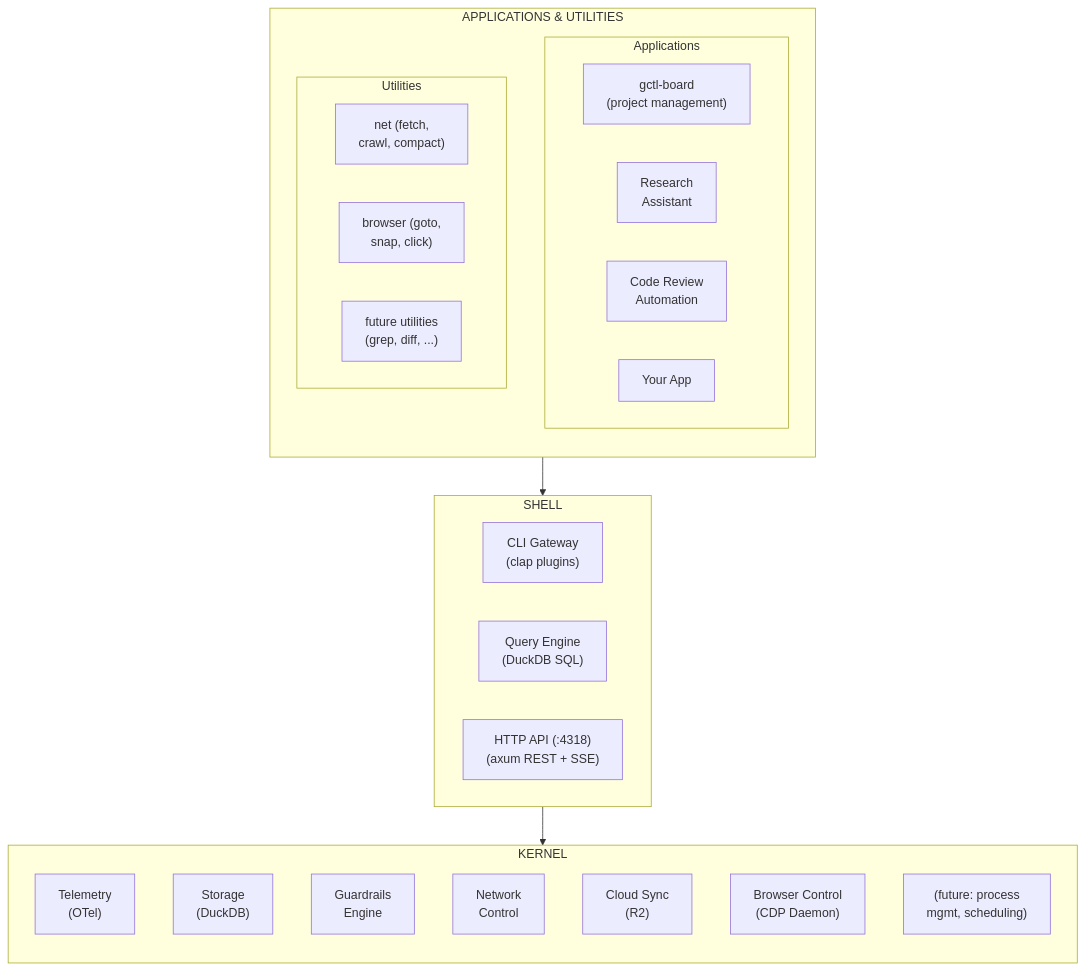
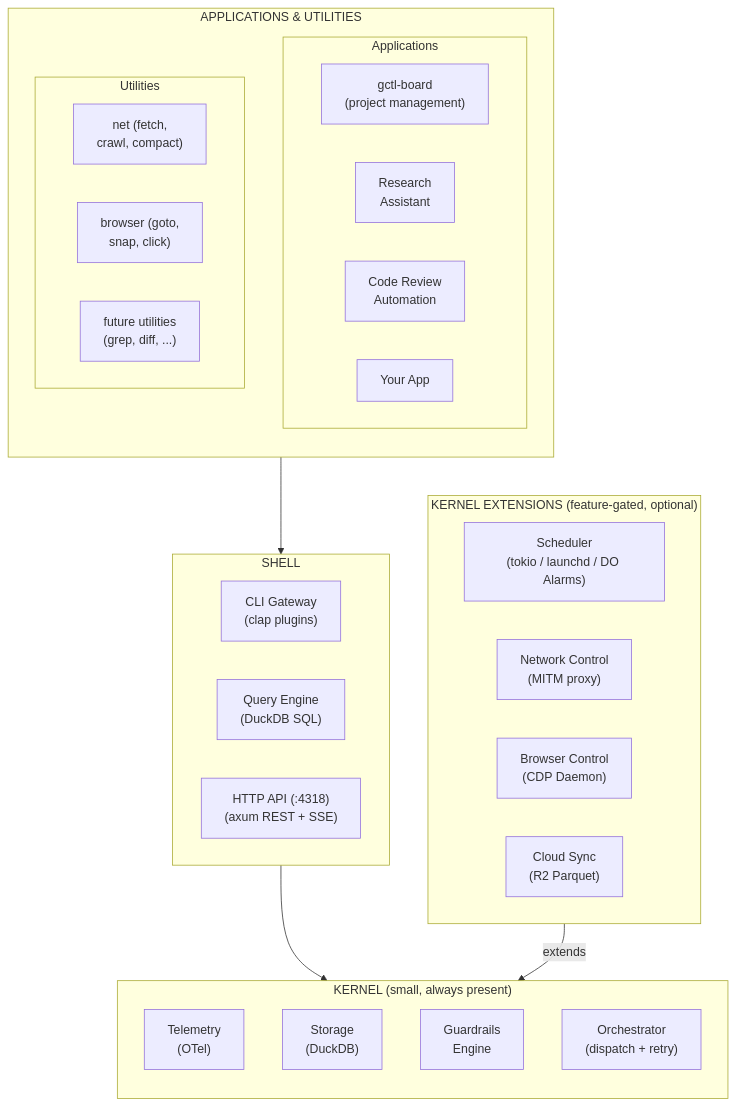
Before and after one commit to OpenHackersClub/gctrl: the first of 22 diagrams in specs/prd.md, drawn with Mermaid. The commit also changed other lines of this file and 17 other files, not shown here.

````diff
--- a/specs/prd.md
+++ b/specs/prd.md
@@ -12,36 +12,41 @@
 ```mermaid
 flowchart TB
   subgraph Apps["APPLICATIONS & UTILITIES"]
     direction TB
     subgraph AppRow["Applications"]
       Board["gctl-board\n(project management)"]
       Research["Research\nAssistant"]
       CodeReview["Code Review\nAutomation"]
       YourApp["Your App"]
     end
     subgraph UtilRow["Utilities"]
       Net["net (fetch,\ncrawl, compact)"]
-      Browser["browser (goto,\nsnap, click)"]
+      BrowserUtil["browser (goto,\nsnap, click)"]
       Future["future utilities\n(grep, diff, ...)"]
     end
   end
 
   subgraph Shell["SHELL"]
     CLI["CLI Gateway\n(clap plugins)"]
     Query["Query Engine\n(DuckDB SQL)"]
     HTTP["HTTP API (:4318)\n(axum REST + SSE)"]
   end
 
-  subgraph Kernel["KERNEL"]
+  subgraph KernelExt["KERNEL EXTENSIONS (feature-gated, optional)"]
+    Scheduler["Scheduler\n(tokio / launchd / DO Alarms)"]
+    Network["Network Control\n(MITM proxy)"]
+    BrowserCtrl["Browser Control\n(CDP Daemon)"]
+    CloudSync["Cloud Sync\n(R2 Parquet)"]
+  end
+
+  subgraph Kernel["KERNEL (small, always present)"]
     direction TB
     Telemetry["Telemetry\n(OTel)"]
     Storage["Storage\n(DuckDB)"]
     Guardrails["Guardrails\nEngine"]
-    Network["Network\nControl"]
-    CloudSync["Cloud Sync\n(R2)"]
-    BrowserCtrl["Browser Control\n(CDP Daemon)"]
-    FutureKernel["(future: process\nmgmt, scheduling)"]
+    Orchestrator["Orchestrator\n(dispatch + retry)"]
   end
 
   Apps --> Shell --> Kernel
+  KernelExt -->|"extends"| Kernel
 ```
````
